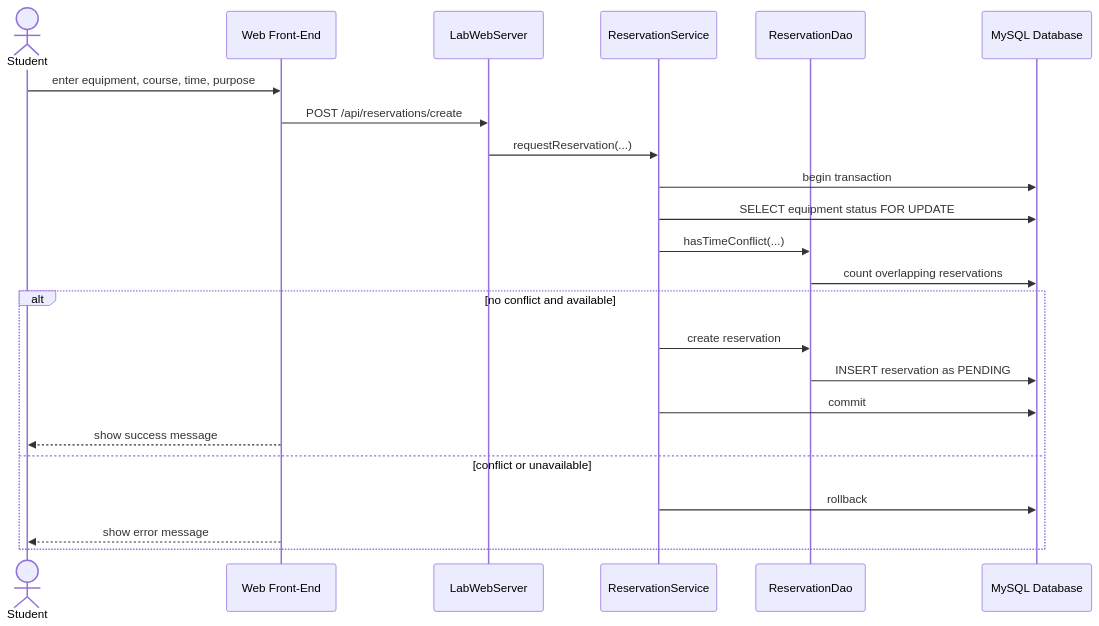
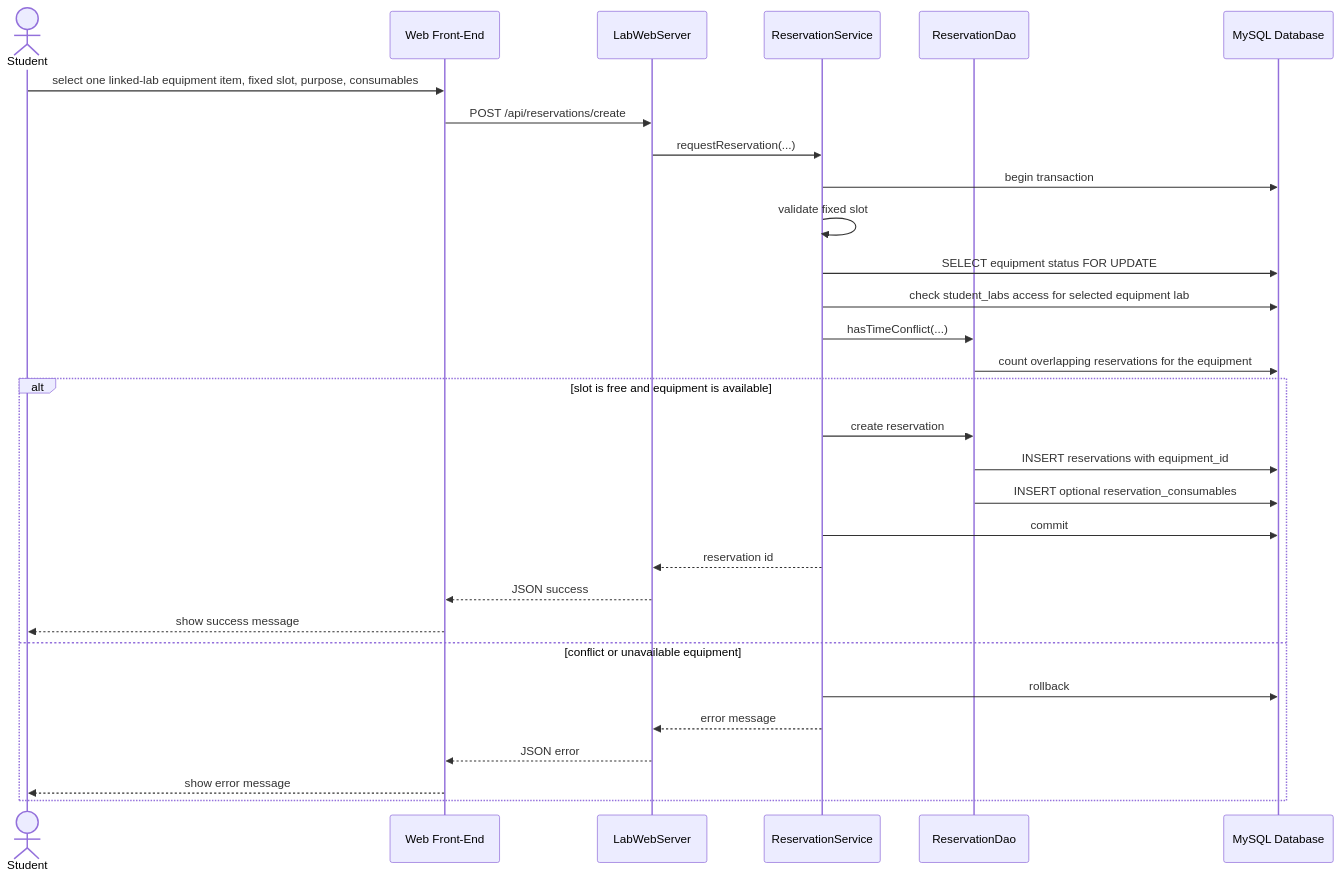
The third of 5 diagrams in docs/03-uml-modeling.md (LiuZongrun7/database-lab), drawn with Mermaid before and after one commit. The commit also changed other lines of this file and 54 other files, not shown here.

Commit message:
Simplify lab reservation workflow

````diff
--- a/docs/03-uml-modeling.md
+++ b/docs/03-uml-modeling.md
@@ -95,26 +198,33 @@
 ```mermaid
 sequenceDiagram
 actor Student
 participant UI as Web Front-End
 participant API as LabWebServer
 participant Service as ReservationService
 participant DAO as ReservationDao
 participant DB as MySQL Database
 
-Student->>UI: enter equipment, course, time, purpose
+Student->>UI: select one linked-lab equipment item, fixed slot, purpose, consumables
 UI->>API: POST /api/reservations/create
 API->>Service: requestReservation(...)
 Service->>DB: begin transaction
+Service->>Service: validate fixed slot
 Service->>DB: SELECT equipment status FOR UPDATE
+Service->>DB: check student_labs access for selected equipment lab
 Service->>DAO: hasTimeConflict(...)
-DAO->>DB: count overlapping reservations
-alt no conflict and available
+DAO->>DB: count overlapping reservations for the equipment
+alt slot is free and equipment is available
   Service->>DAO: create reservation
-  DAO->>DB: INSERT reservation as PENDING
+  DAO->>DB: INSERT reservations with equipment_id
+  DAO->>DB: INSERT optional reservation_consumables
   Service->>DB: commit
+  Service-->>API: reservation id
+  API-->>UI: JSON success
   UI-->>Student: show success message
-else conflict or unavailable
+else conflict or unavailable equipment
   Service->>DB: rollback
+  Service-->>API: error message
+  API-->>UI: JSON error
   UI-->>Student: show error message
 end
 ```
````
